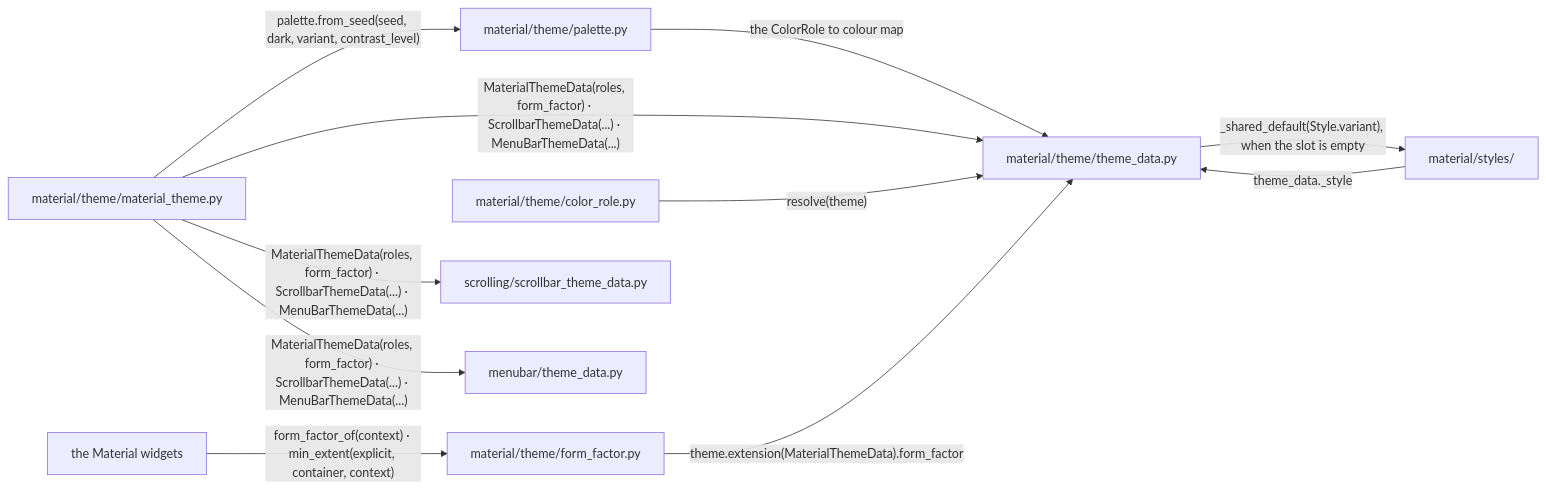
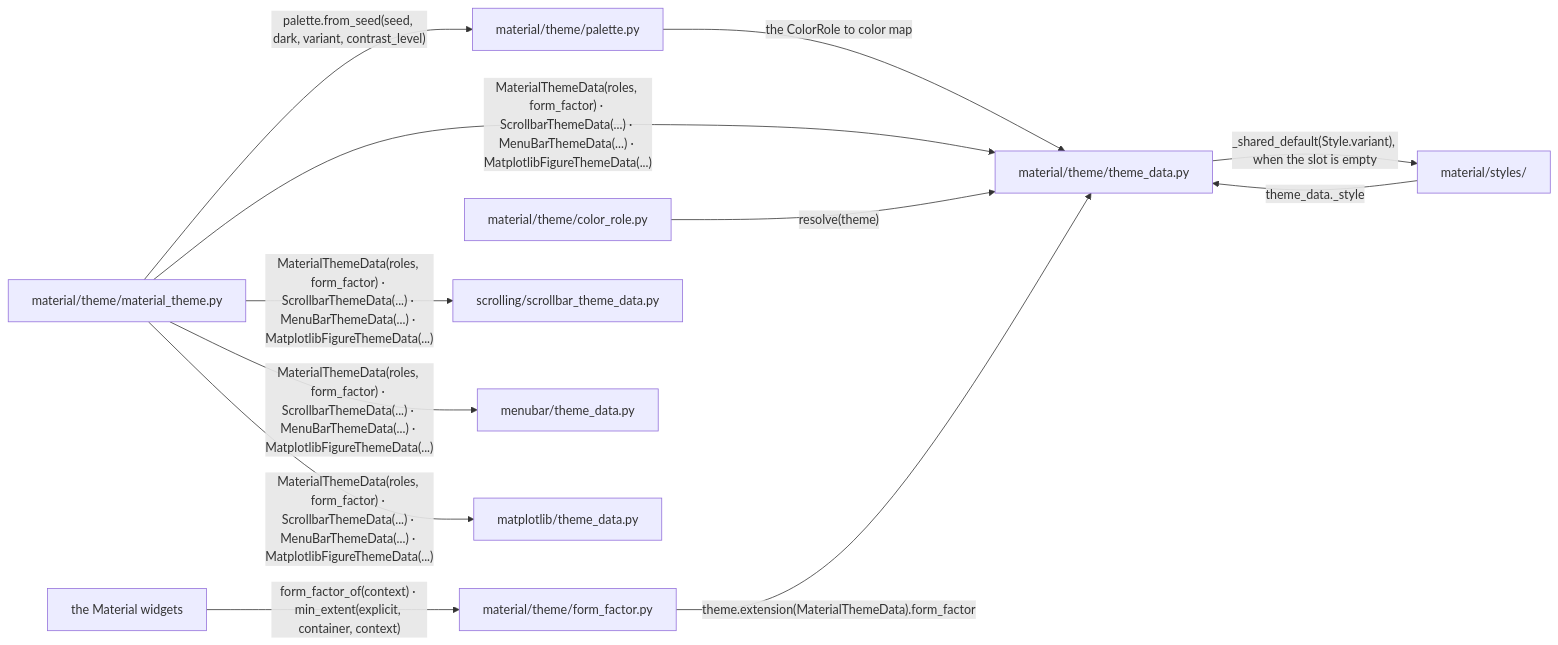
One commit to yuksblog/nuiitivet changed the third of 6 diagrams in docs/design/STYLE_THEME.md. Above: the diagram before and after it, drawn with Mermaid. The commit also changed other lines of this file and 11 other files, not shown here.

First line of the commit message:
refactor: nuiitivet.matplotlib package, the figure colored by a palette extension

````diff
--- a/docs/design/STYLE_THEME.md
+++ b/docs/design/STYLE_THEME.md
@@ -95,21 +94,22 @@
 ```mermaid
 flowchart LR
     data[material/theme/theme_data.py]
     factory[material/theme/material_theme.py]
     palette[material/theme/palette.py]
     role[material/theme/color_role.py]
     form[material/theme/form_factor.py]
     styles[material/styles/]
     scrollbar[scrolling/scrollbar_theme_data.py]
     menubar[menubar/theme_data.py]
+    figdata[matplotlib/theme_data.py]
     widgets[the Material widgets]
 
     factory -- "palette.from_seed(seed, dark, variant, contrast_level)" --> palette
-    palette -- "the ColorRole to colour map" --> data
-    factory -- "MaterialThemeData(roles, form_factor) · ScrollbarThemeData(...) · MenuBarThemeData(...)" --> data & scrollbar & menubar
+    palette -- "the ColorRole to color map" --> data
+    factory -- "MaterialThemeData(roles, form_factor) · ScrollbarThemeData(...) · MenuBarThemeData(...) · MatplotlibFigureThemeData(...)" --> data & scrollbar & menubar & figdata
     role -- "resolve(theme)" --> data
     data -- "_shared_default(Style.variant), when the slot is empty" --> styles
     styles -- "theme_data.<variant>_style" --> data
     widgets -- "form_factor_of(context) · min_extent(explicit, container, context)" --> form
     form -- "theme.extension(MaterialThemeData).form_factor" --> data
 ```
````
